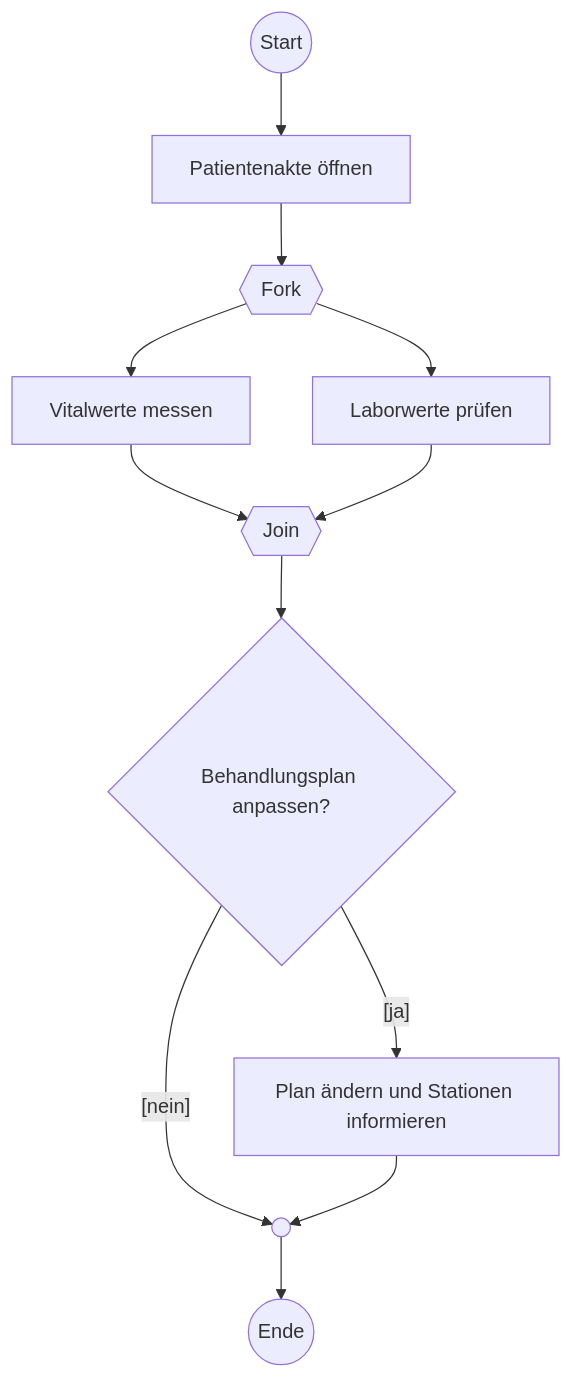
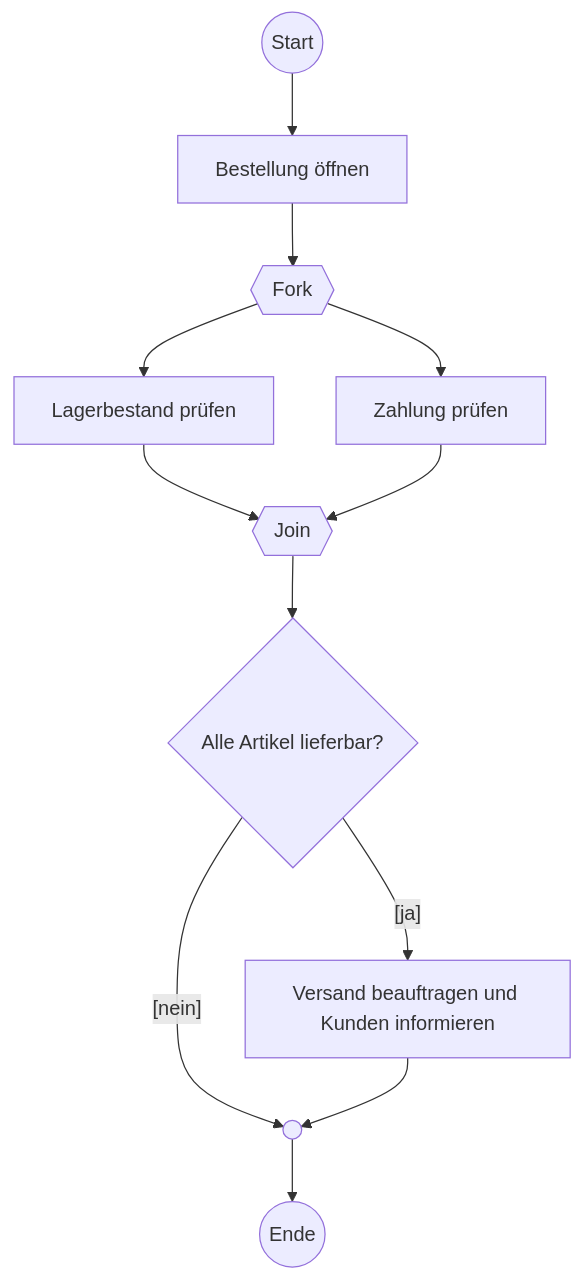
One commit to Woschj/Fisi_Fiae_Pruefungsvorbereitung changed the first of 3 diagrams in AP2/FIAE/10 Lernmodule/1 Planen eines Softwareproduktes/FIAE-3 UML Aktivität, Sequenz und Zustand.md. Above: the diagram before and after it, drawn with Mermaid. The commit also changed other lines of this file and 17 other files, not shown here.

````diff
--- a/AP2/FIAE/10 Lernmodule/1 Planen eines Softwareproduktes/FIAE-3 UML Aktivität, Sequenz und Zustand.md
+++ b/AP2/FIAE/10 Lernmodule/1 Planen eines Softwareproduktes/FIAE-3 UML Aktivität, Sequenz und Zustand.md
@@ -51,14 +51,14 @@
 ```mermaid
 flowchart TD
-  S((Start)) --> A[Patientenakte öffnen]
+  S((Start)) --> A[Bestellung öffnen]
   A --> F{{Fork}}
-  F --> B[Vitalwerte messen]
-  F --> C[Laborwerte prüfen]
+  F --> B[Lagerbestand prüfen]
+  F --> C[Zahlung prüfen]
   B --> J{{Join}}
   C --> J
-  J --> D{Behandlungsplan anpassen?}
-  D -->|"[ja]"| E[Plan ändern und Stationen informieren]
+  J --> D{Alle Artikel lieferbar?}
+  D -->|"[ja]"| E[Versand beauftragen und Kunden informieren]
   D -->|"[nein]"| M(( ))
   E --> M
   M --> Z((Ende))
 ```
````
